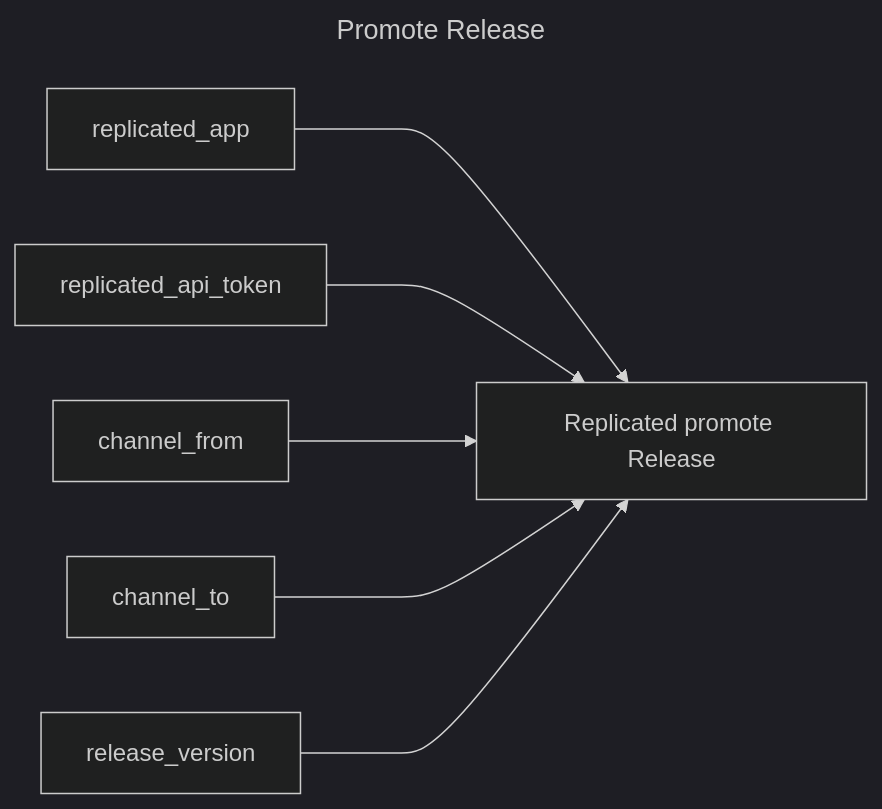
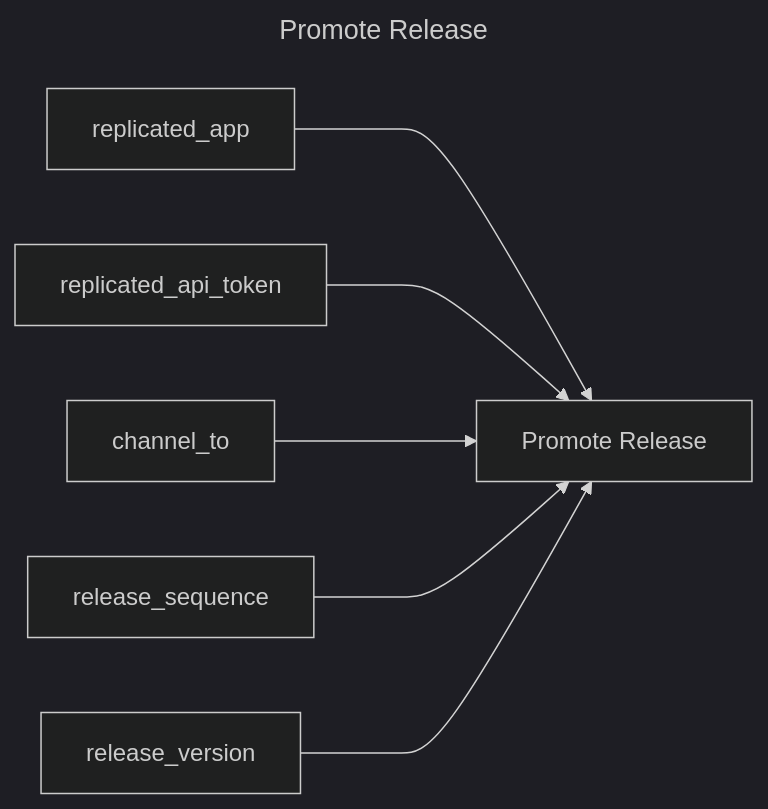
One commit to replicatedhq/replicated-actions changed the diagram in promote-release/README.md. Above: the diagram before and after it, drawn with Mermaid (dark theme).

Commit message:
Update mermaid graph

````diff
--- a/promote-release/README.md
+++ b/promote-release/README.md
@@ -3,12 +3,12 @@
 ```mermaid
 ---
 title: Promote Release
 ---
 graph LR
-replicated_promote_release["Replicated promote Release"]
-replicated_app ---> replicated_promote_release
-replicated_api_token ---> replicated_promote_release
-channel_from ---> replicated_promote_release
-channel_to ---> replicated_promote_release
-release_version ---> replicated_promote_release
+promote_release["Promote Release"]
+replicated_app ---> promote_release
+replicated_api_token ---> promote_release
+channel_to ---> promote_release
+release_sequence ---> promote_release
+release_version ---> promote_release
 ```
````
